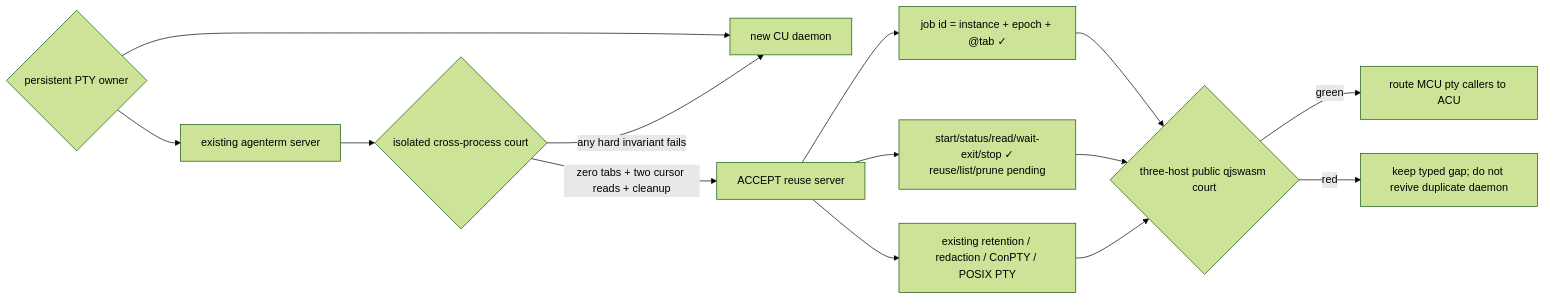
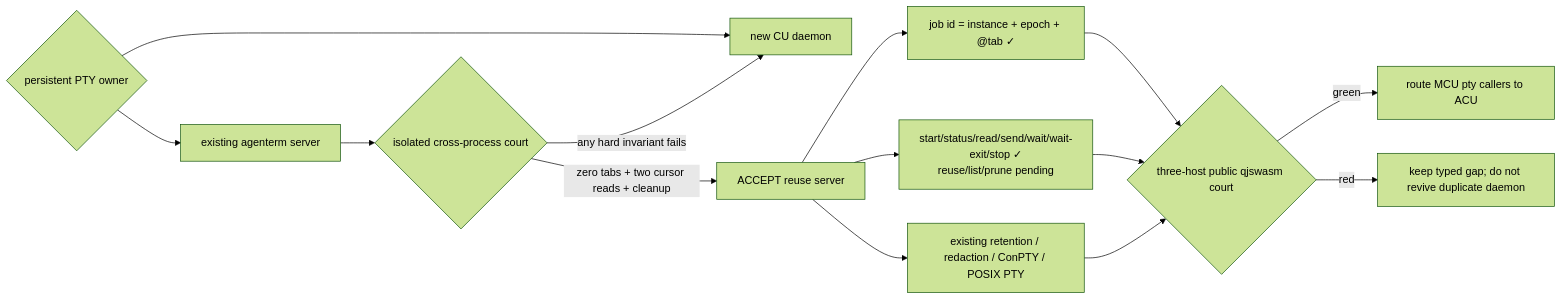
The diagram in plan/experiment-headless-pty-owner.md (partnernetsoftware/agenterm), drawn with Mermaid (forest theme) before and after one commit. The commit also changed other lines of this file and 16 other files, not shown here.

````diff
--- a/plan/experiment-headless-pty-owner.md
+++ b/plan/experiment-headless-pty-owner.md
@@ -99,17 +99,17 @@
 ```mermaid
 flowchart LR
   Q{"persistent PTY owner"}
   Q --> A["existing agenterm server"]
   Q --> B["new CU daemon"]
   A --> C{"isolated cross-process court"}
   C -->|"zero tabs + two cursor reads + cleanup"| D["ACCEPT reuse server"]
   C -->|"any hard invariant fails"| B
   D --> I["job id = instance + epoch + @tab ✓"]
-  D --> S["start/status/read/wait-exit/stop ✓<br/>reuse/list/prune pending"]
+  D --> S["start/status/read/send/wait/wait-exit/stop ✓<br/>reuse/list/prune pending"]
   D --> R["existing retention / redaction / ConPTY / POSIX PTY"]
   I --> G{"three-host public qjswasm court"}
   S --> G
   R --> G
   G -->|green| M["route MCU pty callers to ACU"]
   G -->|red| K["keep typed gap; do not revive duplicate daemon"]
 ```
````
